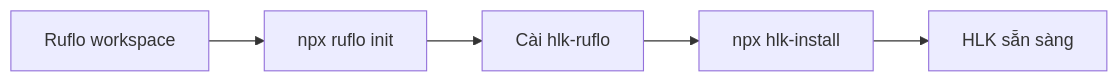
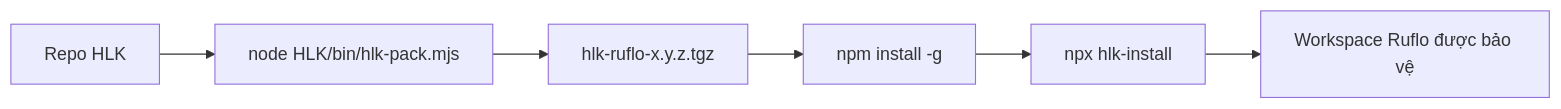
One commit to thanhnt-sm/Loop_harness_ruflo changed the first of 2 diagrams in HLK/docs/07-dong-goi-va-cai-dat.md. Above: the diagram before and after it, drawn with Mermaid. The commit also changed other lines of this file and 12 other files, not shown here.

Commit message:
feat: add hlk-repack, ruflo-setup, lifecycle docs, git-tools fixes

````diff
--- a/HLK/docs/07-dong-goi-va-cai-dat.md
+++ b/HLK/docs/07-dong-goi-va-cai-dat.md
@@ -17,7 +17,8 @@
 ```mermaid
 flowchart LR
-    A[Ruflo workspace] --> B[npx ruflo init]
-    B --> C[Cài hlk-ruflo]
-    C --> D[npx hlk-install]
-    D --> E[HLK sẵn sàng]
+    A[Repo HLK] --> B[node HLK/bin/hlk-pack.mjs]
+    B --> C[hlk-ruflo-x.y.z.tgz]
+    C --> D[npm install -g]
+    D --> E[npx hlk-install]
+    E --> F[Workspace Ruflo được bảo vệ]
 ```
````
